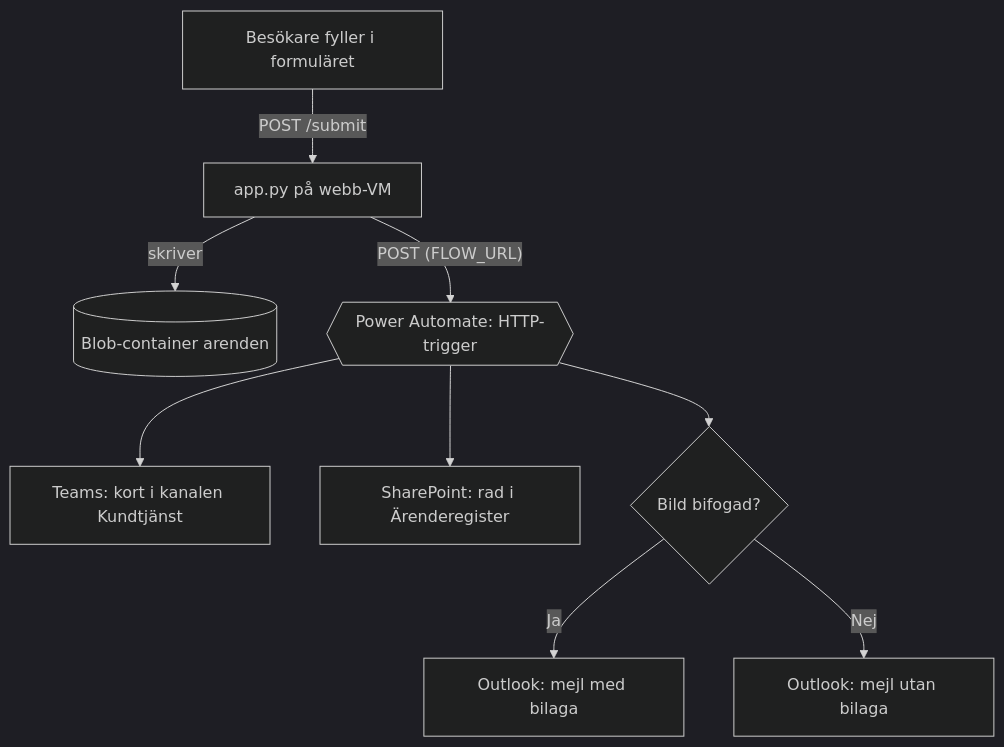
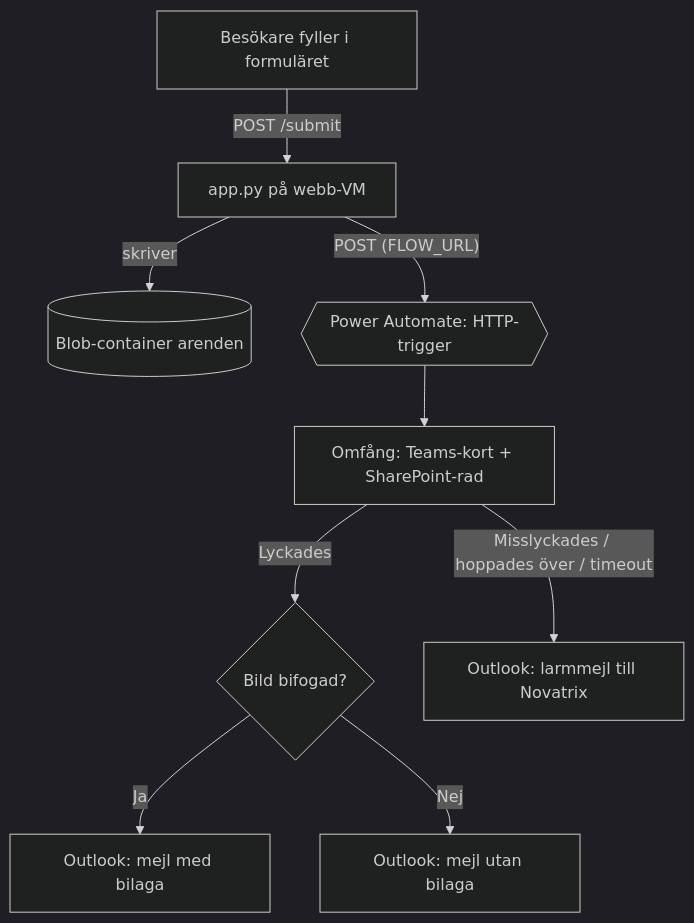
Before and after one commit to 80idralt/azure: the diagram in v39/README.md, drawn with Mermaid (dark theme). The commit also changed other lines of this file and 1 other file, not shown here.

````diff
--- a/v39/README.md
+++ b/v39/README.md
@@ -17,11 +17,11 @@
 ```mermaid
 flowchart TD
     A["Besökare fyller i formuläret"] -->|"POST /submit"| B["app.py på webb-VM"]
     B -->|"skriver"| C[("Blob-container arenden")]
     B -->|"POST (FLOW_URL)"| D{{"Power Automate: HTTP-trigger"}}
-    D --> E["Teams: kort i kanalen Kundtjänst"]
-    D --> F["SharePoint: rad i Ärenderegister"]
-    D --> G{"Bild bifogad?"}
+    D --> S["Omfång: Teams-kort + SharePoint-rad"]
+    S -->|"Lyckades"| G{"Bild bifogad?"}
     G -->|Ja| H["Outlook: mejl med bilaga"]
     G -->|Nej| I["Outlook: mejl utan bilaga"]
+    S -->|"Misslyckades / hoppades över / timeout"| L["Outlook: larmmejl till Novatrix"]
 ```
````
